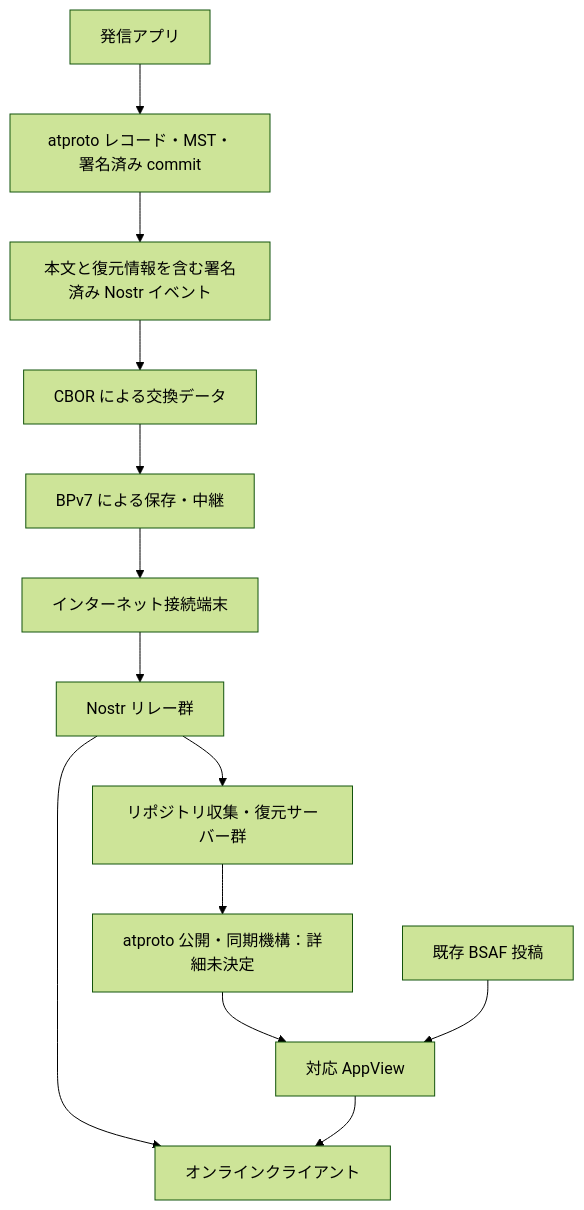
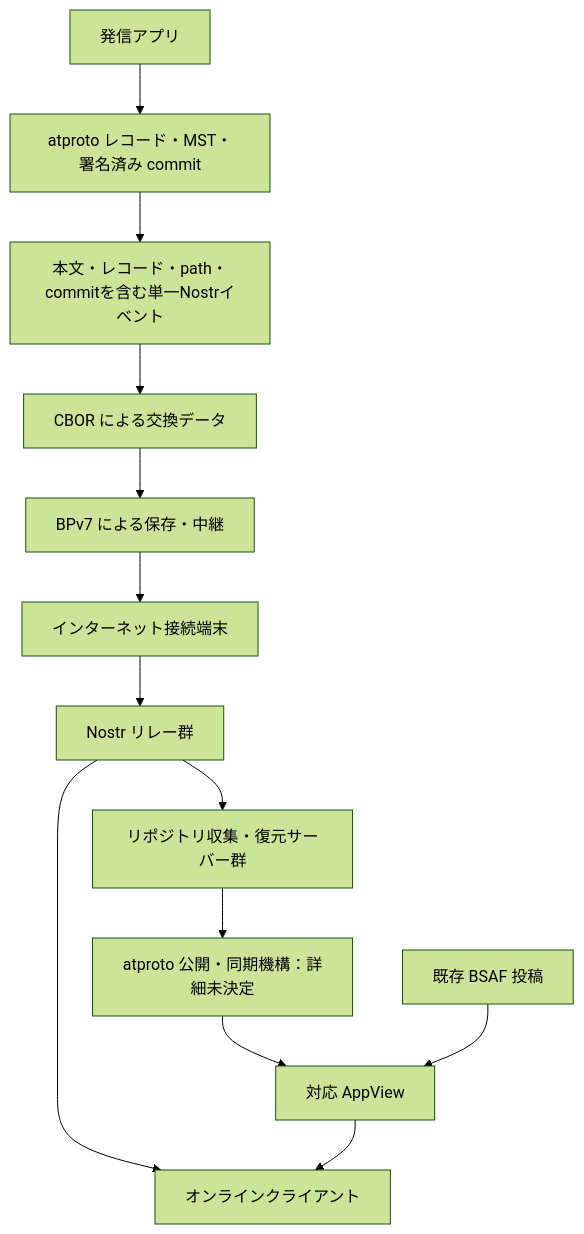
Before and after one commit to jphacks/sd_2607: the diagram in protocol/0000-overview.md, drawn with Mermaid (forest theme). The commit also changed other lines of this file and 11 other files, not shown here.

````diff
--- a/protocol/0000-overview.md
+++ b/protocol/0000-overview.md
@@ -13,15 +15,15 @@
 ```mermaid
 flowchart TD
   A[発信アプリ] --> B[atproto レコード・MST・署名済み commit]
-  B --> C[本文と復元情報を含む署名済み Nostr イベント]
+  B --> C[本文・レコード・path・commitを含む単一Nostrイベント]
   C --> D[CBOR による交換データ]
   D --> E[BPv7 による保存・中継]
   E --> F[インターネット接続端末]
   F --> G[Nostr リレー群]
   G --> H[リポジトリ収集・復元サーバー群]
   H --> I[atproto 公開・同期機構：詳細未決定]
   I --> J[対応 AppView]
   K[既存 BSAF 投稿] --> J
   G --> L[オンラインクライアント]
   J --> L
 ```
````
